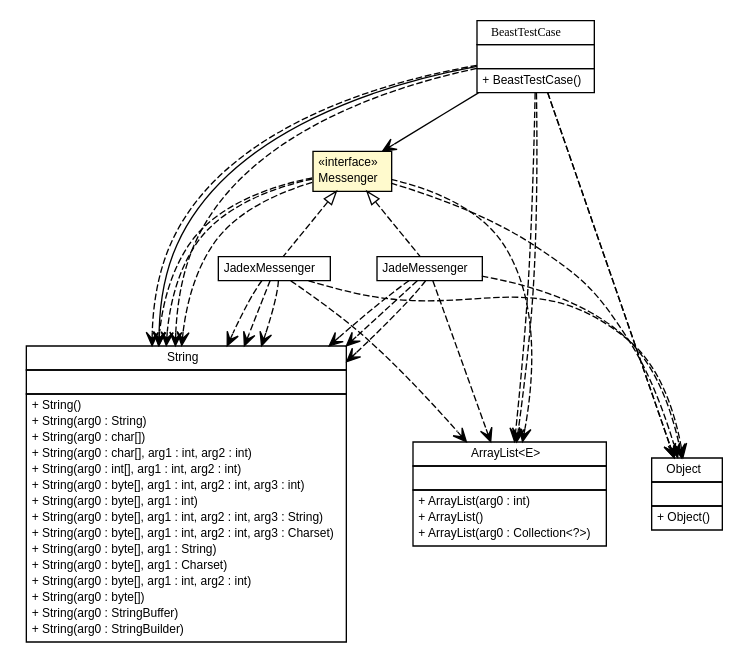
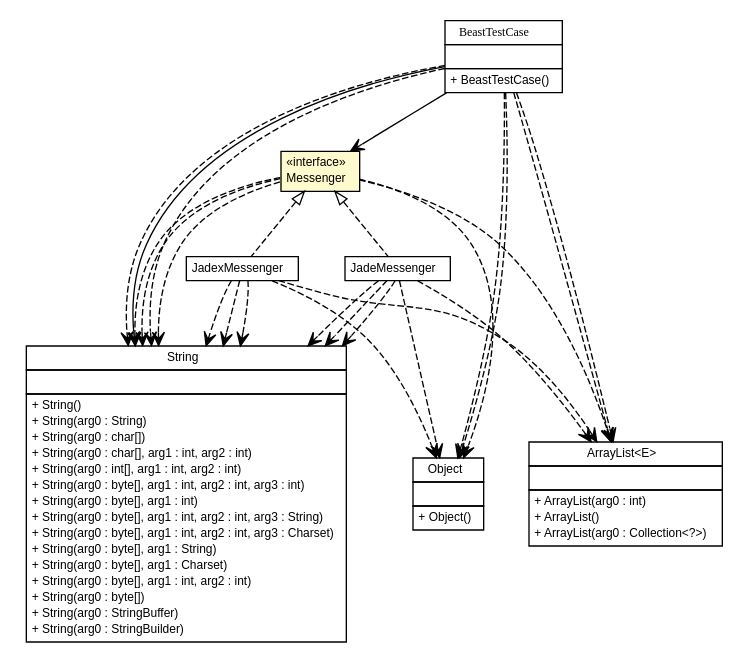
One commit to gsi-upm/BeastTool changed the diagram in apidocs/es/upm/dit/gsi/beast/platform/Messenger.dot. Above: the diagram before and after it, drawn with Graphviz. The commit also changed 418 other files, not shown here.

```diff
--- a/apidocs/es/upm/dit/gsi/beast/platform/Messenger.dot
+++ b/apidocs/es/upm/dit/gsi/beast/platform/Messenger.dot
@@ -50,48 +50,48 @@
 	c1603:p -> c1584:p [taillabel="", label="", headlabel="", fontname="arial", fontcolor="black", fontsize=10.0, color="black", arrowhead=open];
 	// es.upm.dit.gsi.beast.platform.Messenger DEPEND java.lang.String
 	c1584:p -> c1605:p [taillabel="", label="", headlabel="", fontname="arial", fontcolor="black", fontsize=10.0, color="black", arrowhead=open, style=dashed];
-	// es.upm.dit.gsi.beast.platform.Messenger DEPEND java.lang.String
-	c1584:p -> c1605:p [taillabel="", label="", headlabel="", fontname="arial", fontcolor="black", fontsize=10.0, color="black", arrowhead=open, style=dashed];
+	// es.upm.dit.gsi.beast.platform.Messenger DEPEND java.lang.Object
+	c1584:p -> c1606:p [taillabel="", label="", headlabel="", fontname="arial", fontcolor="black", fontsize=10.0, color="black", arrowhead=open, style=dashed];
 	// es.upm.dit.gsi.beast.platform.Messenger DEPEND java.lang.String
 	c1584:p -> c1605:p [taillabel="", label="", headlabel="", fontname="arial", fontcolor="black", fontsize=10.0, color="black", arrowhead=open, style=dashed];
 	// es.upm.dit.gsi.beast.platform.Messenger DEPEND java.util.ArrayList<E>
-	c1584:p -> c1606:p [taillabel="", label="", headlabel="", fontname="arial", fontcolor="black", fontsize=10.0, color="black", arrowhead=open, style=dashed];
-	// es.upm.dit.gsi.beast.platform.Messenger DEPEND java.lang.Object
 	c1584:p -> c1607:p [taillabel="", label="", headlabel="", fontname="arial", fontcolor="black", fontsize=10.0, color="black", arrowhead=open, style=dashed];
+	// es.upm.dit.gsi.beast.platform.Messenger DEPEND java.lang.String
+	c1584:p -> c1605:p [taillabel="", label="", headlabel="", fontname="arial", fontcolor="black", fontsize=10.0, color="black", arrowhead=open, style=dashed];
 	// es.upm.dit.gsi.beast.platform.jade.JadeMessenger DEPEND java.lang.String
 	c1588:p -> c1605:p [taillabel="", label="", headlabel="", fontname="arial", fontcolor="black", fontsize=10.0, color="black", arrowhead=open, style=dashed];
 	// es.upm.dit.gsi.beast.platform.jade.JadeMessenger DEPEND java.util.ArrayList<E>
-	c1588:p -> c1606:p [taillabel="", label="", headlabel="", fontname="arial", fontcolor="black", fontsize=10.0, color="black", arrowhead=open, style=dashed];
-	// es.upm.dit.gsi.beast.platform.jade.JadeMessenger DEPEND java.lang.Object
 	c1588:p -> c1607:p [taillabel="", label="", headlabel="", fontname="arial", fontcolor="black", fontsize=10.0, color="black", arrowhead=open, style=dashed];
 	// es.upm.dit.gsi.beast.platform.jade.JadeMessenger DEPEND java.lang.String
 	c1588:p -> c1605:p [taillabel="", label="", headlabel="", fontname="arial", fontcolor="black", fontsize=10.0, color="black", arrowhead=open, style=dashed];
+	// es.upm.dit.gsi.beast.platform.jade.JadeMessenger DEPEND java.lang.Object
+	c1588:p -> c1606:p [taillabel="", label="", headlabel="", fontname="arial", fontcolor="black", fontsize=10.0, color="black", arrowhead=open, style=dashed];
 	// es.upm.dit.gsi.beast.platform.jade.JadeMessenger DEPEND java.lang.String
 	c1588:p -> c1605:p [taillabel="", label="", headlabel="", fontname="arial", fontcolor="black", fontsize=10.0, color="black", arrowhead=open, style=dashed];
+	// es.upm.dit.gsi.beast.platform.jadex.JadexMessenger DEPEND java.util.ArrayList<E>
+	c1591:p -> c1607:p [taillabel="", label="", headlabel="", fontname="arial", fontcolor="black", fontsize=10.0, color="black", arrowhead=open, style=dashed];
 	// es.upm.dit.gsi.beast.platform.jadex.JadexMessenger DEPEND java.lang.String
 	c1591:p -> c1605:p [taillabel="", label="", headlabel="", fontname="arial", fontcolor="black", fontsize=10.0, color="black", arrowhead=open, style=dashed];
 	// es.upm.dit.gsi.beast.platform.jadex.JadexMessenger DEPEND java.lang.String
 	c1591:p -> c1605:p [taillabel="", label="", headlabel="", fontname="arial", fontcolor="black", fontsize=10.0, color="black", arrowhead=open, style=dashed];
-	// es.upm.dit.gsi.beast.platform.jadex.JadexMessenger DEPEND java.util.ArrayList<E>
-	c1591:p -> c1606:p [taillabel="", label="", headlabel="", fontname="arial", fontcolor="black", fontsize=10.0, color="black", arrowhead=open, style=dashed];
-	// es.upm.dit.gsi.beast.platform.jadex.JadexMessenger DEPEND java.lang.Object
-	c1591:p -> c1607:p [taillabel="", label="", headlabel="", fontname="arial", fontcolor="black", fontsize=10.0, color="black", arrowhead=open, style=dashed];
 	// es.upm.dit.gsi.beast.platform.jadex.JadexMessenger DEPEND java.lang.String
 	c1591:p -> c1605:p [taillabel="", label="", headlabel="", fontname="arial", fontcolor="black", fontsize=10.0, color="black", arrowhead=open, style=dashed];
+	// es.upm.dit.gsi.beast.platform.jadex.JadexMessenger DEPEND java.lang.Object
+	c1591:p -> c1606:p [taillabel="", label="", headlabel="", fontname="arial", fontcolor="black", fontsize=10.0, color="black", arrowhead=open, style=dashed];
+	// es.upm.dit.gsi.beast.story.BeastTestCase DEPEND java.util.ArrayList<E>
+	c1603:p -> c1607:p [taillabel="", label="", headlabel="", fontname="arial", fontcolor="black", fontsize=10.0, color="black", arrowhead=open, style=dashed];
+	// es.upm.dit.gsi.beast.story.BeastTestCase DEPEND java.lang.String
+	c1603:p -> c1605:p [taillabel="", label="", headlabel="", fontname="arial", fontcolor="black", fontsize=10.0, color="black", arrowhead=open, style=dashed];
 	// es.upm.dit.gsi.beast.story.BeastTestCase DEPEND java.lang.String
 	c1603:p -> c1605:p [taillabel="", label="", headlabel="", fontname="arial", fontcolor="black", fontsize=10.0, color="black", arrowhead=open, style=dashed];
 	// es.upm.dit.gsi.beast.story.BeastTestCase DEPEND java.util.ArrayList<E>
+	c1603:p -> c1607:p [taillabel="", label="", headlabel="", fontname="arial", fontcolor="black", fontsize=10.0, color="black", arrowhead=open, style=dashed];
+	// es.upm.dit.gsi.beast.story.BeastTestCase DEPEND java.lang.Object
 	c1603:p -> c1606:p [taillabel="", label="", headlabel="", fontname="arial", fontcolor="black", fontsize=10.0, color="black", arrowhead=open, style=dashed];
 	// es.upm.dit.gsi.beast.story.BeastTestCase DEPEND java.lang.Object
-	c1603:p -> c1607:p [taillabel="", label="", headlabel="", fontname="arial", fontcolor="black", fontsize=10.0, color="black", arrowhead=open, style=dashed];
-	// es.upm.dit.gsi.beast.story.BeastTestCase DEPEND java.lang.Object
-	c1603:p -> c1607:p [taillabel="", label="", headlabel="", fontname="arial", fontcolor="black", fontsize=10.0, color="black", arrowhead=open, style=dashed];
-	// es.upm.dit.gsi.beast.story.BeastTestCase DEPEND java.util.ArrayList<E>
 	c1603:p -> c1606:p [taillabel="", label="", headlabel="", fontname="arial", fontcolor="black", fontsize=10.0, color="black", arrowhead=open, style=dashed];
-	// es.upm.dit.gsi.beast.story.BeastTestCase DEPEND java.lang.String
-	c1603:p -> c1605:p [taillabel="", label="", headlabel="", fontname="arial", fontcolor="black", fontsize=10.0, color="black", arrowhead=open, style=dashed];
 	// java.util.ArrayList<E>
-	c1606 [label=<<table title="java.util.ArrayList" border="0" cellborder="1" cellspacing="0" cellpadding="2" port="p" href="http://java.sun.com/j2se/1.4.2/docs/api/java/util/ArrayList.html">
+	c1607 [label=<<table title="java.util.ArrayList" border="0" cellborder="1" cellspacing="0" cellpadding="2" port="p" href="http://java.sun.com/j2se/1.4.2/docs/api/java/util/ArrayList.html">
 		<tr><td><table border="0" cellspacing="0" cellpadding="1">
 <tr><td align="center" balign="center"> ArrayList&lt;E&gt; </td></tr>
 		</table></td></tr>
@@ -105,7 +105,7 @@
 		</table></td></tr>
 		</table>>, fontname="arial", fontcolor="black", fontsize=9.0];
 	// java.lang.Object
-	c1607 [label=<<table title="java.lang.Object" border="0" cellborder="1" cellspacing="0" cellpadding="2" port="p" href="http://java.sun.com/j2se/1.4.2/docs/api/java/lang/Object.html">
+	c1606 [label=<<table title="java.lang.Object" border="0" cellborder="1" cellspacing="0" cellpadding="2" port="p" href="http://java.sun.com/j2se/1.4.2/docs/api/java/lang/Object.html">
 		<tr><td><table border="0" cellspacing="0" cellpadding="1">
 <tr><td align="center" balign="center"> Object </td></tr>
 		</table></td></tr>
```
